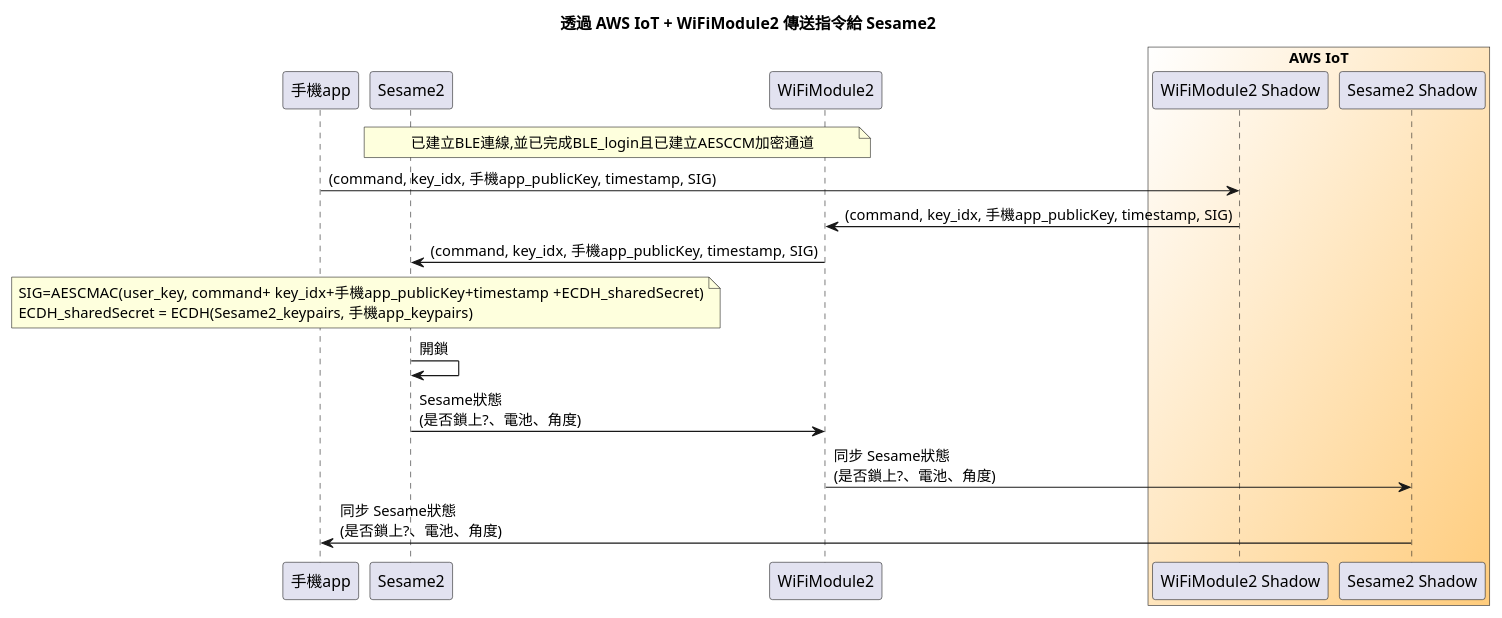
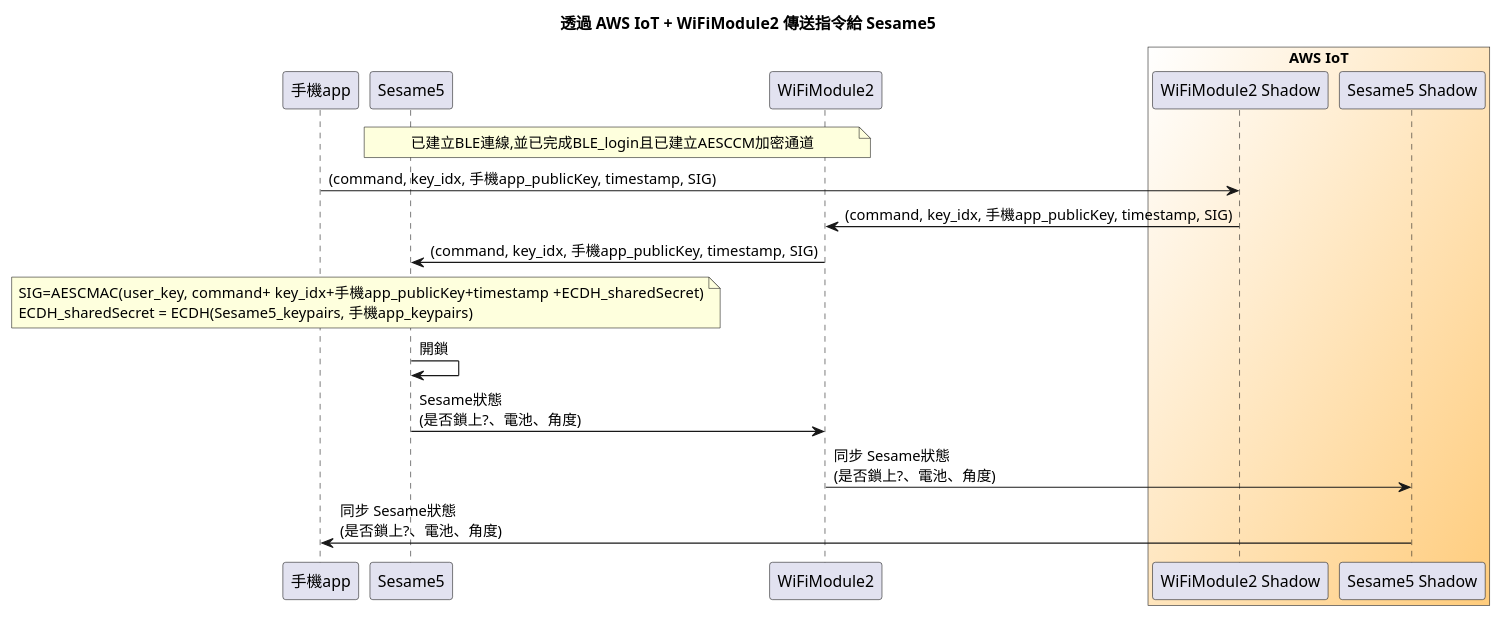
Before and after one commit to CANDY-HOUSE/.github: the diagram in profile/uml/uml_input/p01_unlock.plantuml, drawn with PlantUML. The commit also changed 1 other file, not shown here.

```diff
--- a/profile/uml/uml_input/p01_unlock.plantuml
+++ b/profile/uml/uml_input/p01_unlock.plantuml
@@ -1,28 +1,28 @@
 @startuml
-title 透過 AWS IoT + WiFiModule2 傳送指令給 Sesame2
+title 透過 AWS IoT + WiFiModule2 傳送指令給 Sesame5
 participant 手機app
-participant Sesame2
+participant Sesame5
 participant WiFiModule2
 
 box "AWS IoT" #White/ffcc7c
 participant "WiFiModule2 Shadow"
-participant "Sesame2 Shadow"
+participant "Sesame5 Shadow"
 end box
 
-note over WiFiModule2, Sesame2: \
+note over WiFiModule2, Sesame5: \
 已建立BLE連線,並已完成BLE_login且已建立AESCCM加密通道
 
 手機app -> "WiFiModule2 Shadow": (command, key_idx, 手機app_publicKey, timestamp, SIG)
 "WiFiModule2 Shadow" -> WiFiModule2: (command, key_idx, 手機app_publicKey, timestamp, SIG)
-WiFiModule2 -> Sesame2: (command, key_idx, 手機app_publicKey, timestamp, SIG)
+WiFiModule2 -> Sesame5: (command, key_idx, 手機app_publicKey, timestamp, SIG)
 
-note over Sesame2, 手機app: \
+note over Sesame5, 手機app: \
 SIG=AESCMAC(user_key, command+  key_idx+手機app_publicKey+timestamp  +ECDH_sharedSecret)\n\
-ECDH_sharedSecret = ECDH(Sesame2_keypairs, 手機app_keypairs)
+ECDH_sharedSecret = ECDH(Sesame5_keypairs, 手機app_keypairs)
 
-Sesame2 -> Sesame2: 開鎖
-Sesame2 -> WiFiModule2: Sesame狀態\n(是否鎖上?、電池、角度)
-WiFiModule2 -> "Sesame2 Shadow": 同步 Sesame狀態\n(是否鎖上?、電池、角度)
-"Sesame2 Shadow" -> 手機app: 同步 Sesame狀態\n(是否鎖上?、電池、角度)
+Sesame5 -> Sesame5: 開鎖
+Sesame5 -> WiFiModule2: Sesame狀態\n(是否鎖上?、電池、角度)
+WiFiModule2 -> "Sesame5 Shadow": 同步 Sesame狀態\n(是否鎖上?、電池、角度)
+"Sesame5 Shadow" -> 手機app: 同步 Sesame狀態\n(是否鎖上?、電池、角度)
 
 @enduml
```
